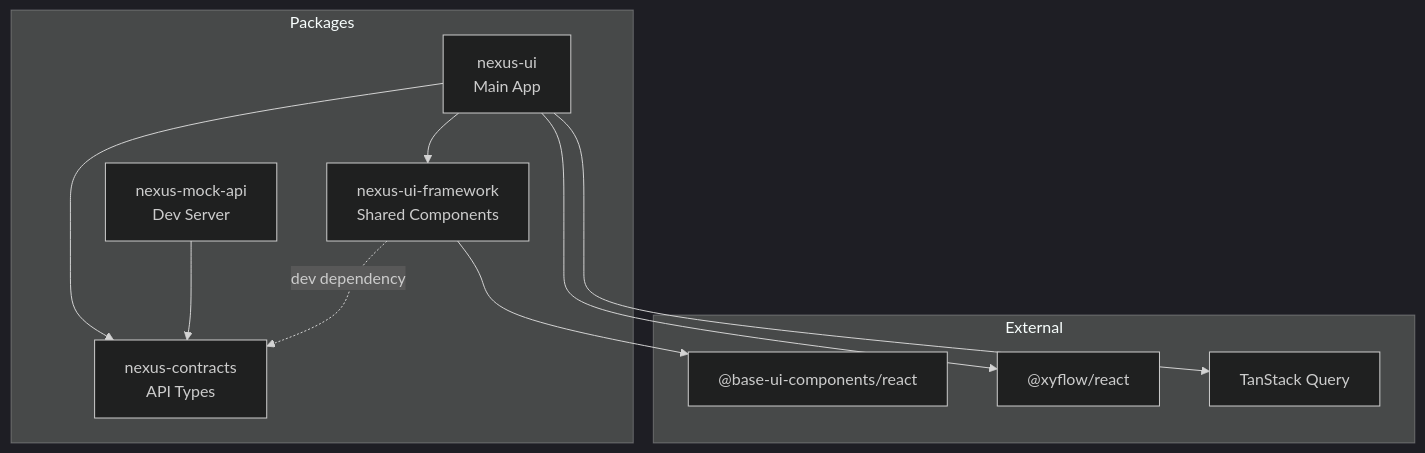
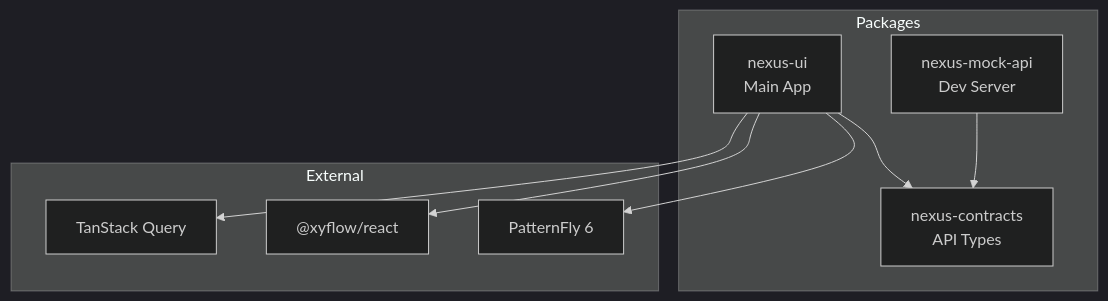
One commit to alinabuzachis/syntara changed the fourth of 18 diagrams in docs/architecture.md. Above: the diagram before and after it, drawn with Mermaid (dark theme). The commit also changed other lines of this file and 2 other files, not shown here.

Commit message:
update some documentation post base-ui/framework/lucide (#141)

````diff
--- a/docs/architecture.md
+++ b/docs/architecture.md
@@ -222,24 +220,21 @@
 ```mermaid
 flowchart TB
   subgraph Packages
     UI[nexus-ui<br/>Main App]
-    Framework[nexus-ui-framework<br/>Shared Components]
     Contracts[nexus-contracts<br/>API Types]
     Mock[nexus-mock-api<br/>Dev Server]
   end
 
-  UI --> Framework
   UI --> Contracts
   Mock --> Contracts
-  Framework -.->|"dev dependency"| Contracts
 
   subgraph External
-    BaseUI["@base-ui-components/react"]
+    PatternFly[PatternFly 6]
     ReactFlow["@xyflow/react"]
     TanStack[TanStack Query]
   end
 
-  Framework --> BaseUI
+  UI --> PatternFly
   UI --> ReactFlow
   UI --> TanStack
 ```
````
